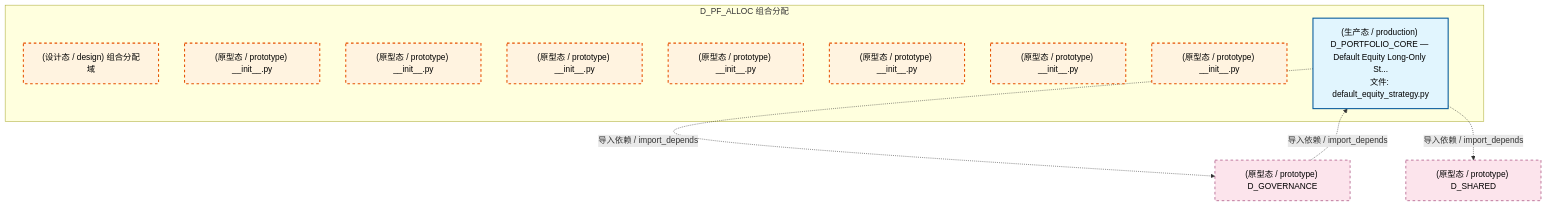
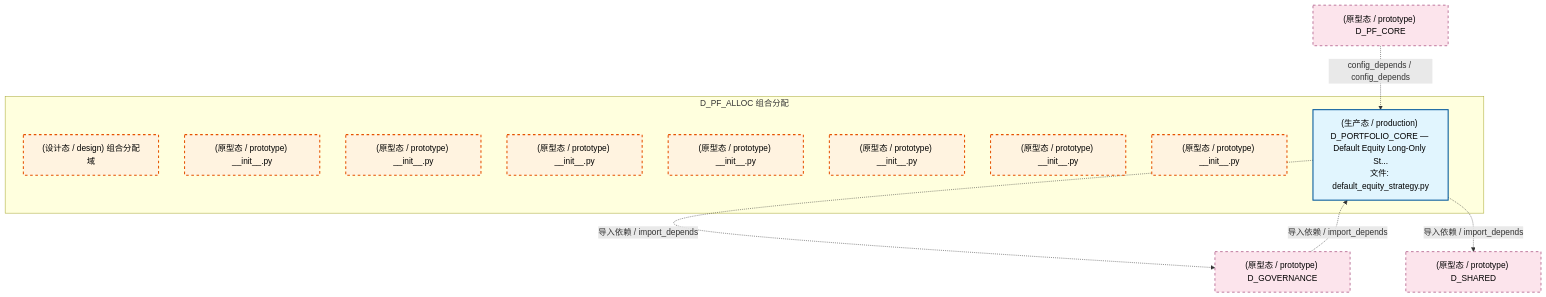
The first of 5 diagrams in docs/02_enterprise_architecture/02_domain_architecture_docs/49_d_pf_alloc.md (xuanFelixVan/ZephyrAlpha), drawn with Mermaid before and after one commit. The commit also changed other lines of this file and 112 other files, not shown here.

````diff
--- a/docs/02_enterprise_architecture/02_domain_architecture_docs/49_d_pf_alloc.md
+++ b/docs/02_enterprise_architecture/02_domain_architecture_docs/49_d_pf_alloc.md
@@ -72,26 +72,28 @@
 ```mermaid
 graph TD
     subgraph D_PF_ALLOC["D_PF_ALLOC 组合分配"]
         src_zephyr_pf_alloc["(设计态 / design) 组合分配域"]
         src_zephyr_pf_alloc_init_py["(原型态 / prototype) __init__.py"]
         src_zephyr_pf_alloc_extensions_init_py["(原型态 / prototype) __init__.py"]
         src_zephyr_pf_alloc_api_init_py["(原型态 / prototype) __init__.py"]
         src_zephyr_pf_alloc_core_init_py["(原型态 / prototype) __init__.py"]
         src_zephyr_pf_alloc_infrastructure_init_py["(原型态 / prototype) __init__.py"]
         src_zephyr_pf_alloc_models_init_py["(原型态 / prototype) __init__.py"]
         src_zephyr_pf_alloc_services_init_py["(原型态 / prototype) __init__.py"]
         src_zephyr_pf_core_default_equity_strategy_py["(生产态 / production) D_PORTFOLIO_CORE — Default Equity Long-Only St...<br/>文件: default_equity_strategy.py"]
     end
     D_GOVERNANCE["(原型态 / prototype) D_GOVERNANCE"]
     src_zephyr_pf_core_default_equity_strategy_py -.->|导入依赖 / import_depends| D_GOVERNANCE
     D_SHARED["(原型态 / prototype) D_SHARED"]
     src_zephyr_pf_core_default_equity_strategy_py -.->|导入依赖 / import_depends| D_SHARED
     D_GOVERNANCE -.->|导入依赖 / import_depends| src_zephyr_pf_core_default_equity_strategy_py
+    D_PF_CORE["(原型态 / prototype) D_PF_CORE"]
+    D_PF_CORE -.->|config_depends / config_depends| src_zephyr_pf_core_default_equity_strategy_py
     classDef production fill:#e1f5fe,stroke:#01579b,stroke-width:2px,color:#000
     classDef design fill:#fff3e0,stroke:#e65100,stroke-width:2px,color:#000,stroke-dasharray: 5 5
     classDef external_prod fill:#e8f5e9,stroke:#1b5e20,stroke-width:1px,color:#000
     classDef external_design fill:#fce4ec,stroke:#880e4f,stroke-width:1px,color:#000,stroke-dasharray: 5 5
     class src_zephyr_pf_core_default_equity_strategy_py production
     class src_zephyr_pf_alloc,src_zephyr_pf_alloc_init_py,src_zephyr_pf_alloc_extensions_init_py,src_zephyr_pf_alloc_api_init_py,src_zephyr_pf_alloc_core_init_py,src_zephyr_pf_alloc_infrastructure_init_py,src_zephyr_pf_alloc_models_init_py,src_zephyr_pf_alloc_services_init_py design
-    class D_GOVERNANCE,D_SHARED external_design
+    class D_GOVERNANCE,D_SHARED,D_PF_CORE external_design
 ```
````
